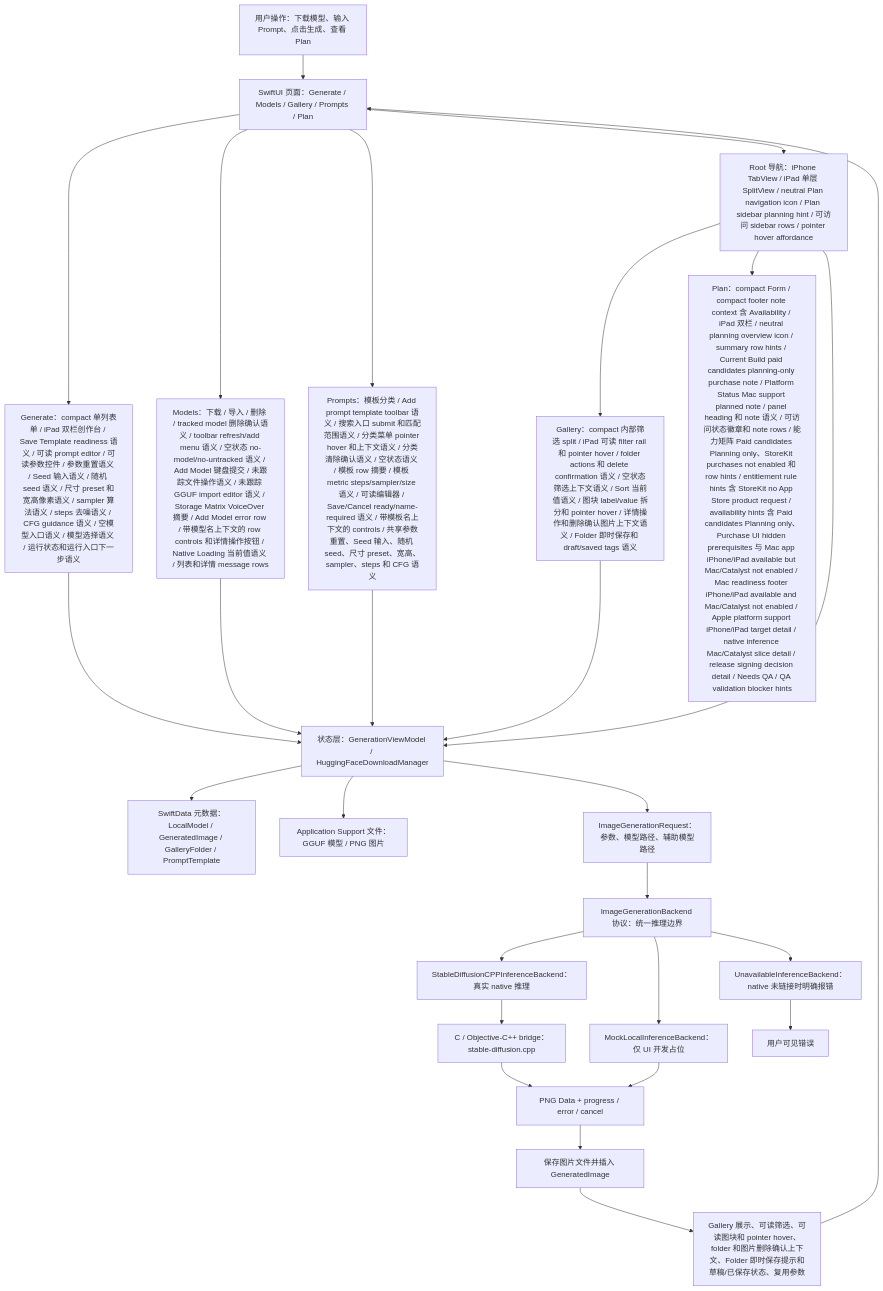
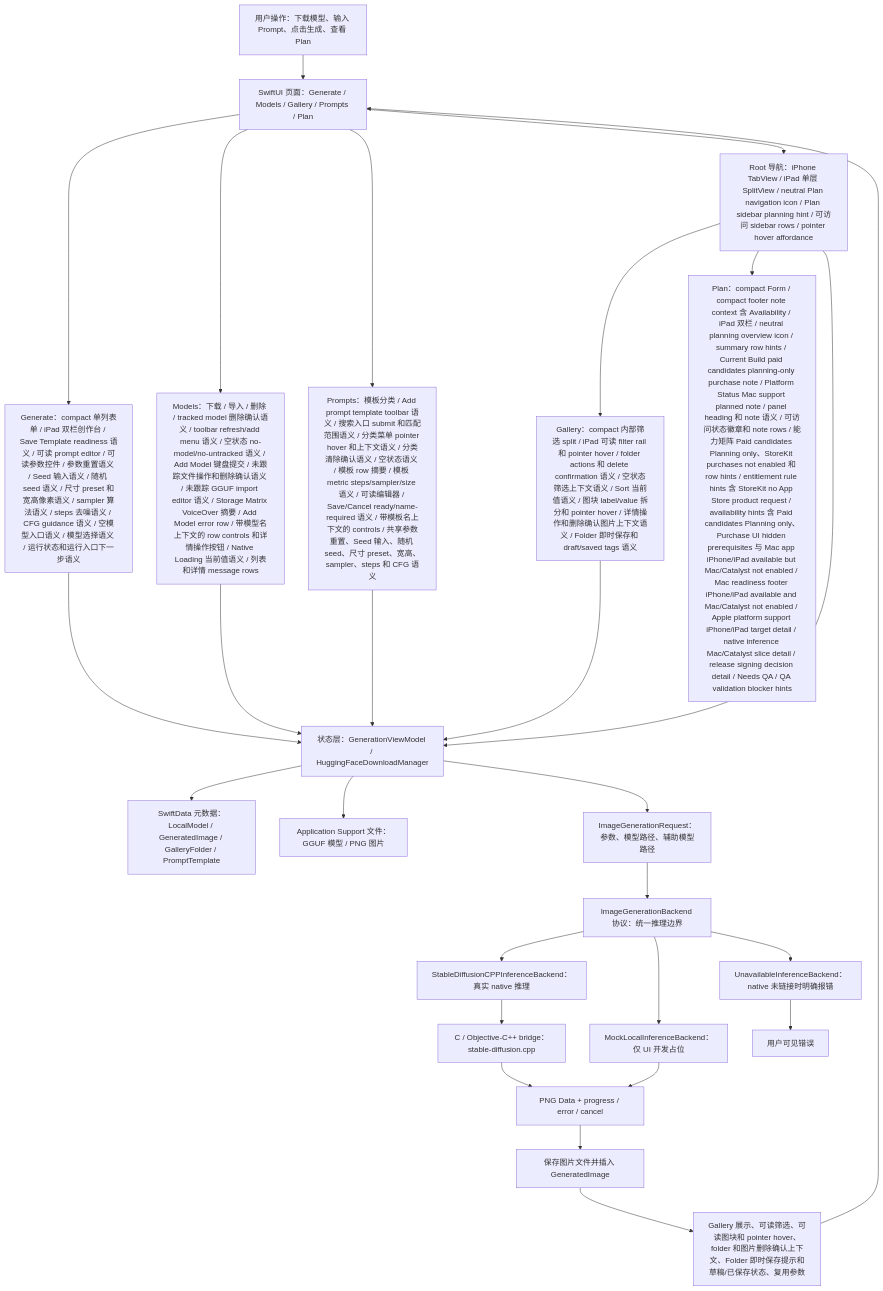
One commit to Altman-sam114/118 changed the first of 7 diagrams in md/flow/flowchart.md. Above: the diagram before and after it, drawn with Mermaid. The commit also changed other lines of this file and 5 other files, not shown here.

First line of the commit message:
v1.98: Models untracked delete confirmation semantics

````diff
--- a/md/flow/flowchart.md
+++ b/md/flow/flowchart.md
@@ -9,29 +9,29 @@
 ```mermaid
 flowchart TD
   U["用户操作：下载模型、输入 Prompt、点击生成、查看 Plan"] --> UI["SwiftUI 页面：Generate / Models / Gallery / Prompts / Plan"]
   UI --> GENUI["Generate：compact 单列表单 / iPad 双栏创作台 / Save Template readiness 语义 / 可读 prompt editor / 可读参数控件 / 参数重置语义 / Seed 输入语义 / 随机 seed 语义 / 尺寸 preset 和宽高像素语义 / sampler 算法语义 / steps 去噪语义 / CFG guidance 语义 / 空模型入口语义 / 模型选择语义 / 运行状态和运行入口下一步语义"]
-  UI --> MODELUI["Models：下载 / 导入 / 删除 / tracked model 删除确认语义 / toolbar refresh/add menu 语义 / 空状态 no-model/no-untracked 语义 / Add Model 键盘提交 / 未跟踪文件操作语义 / 未跟踪 GGUF import editor 语义 / Storage Matrix VoiceOver 摘要 / Add Model error row / 带模型名上下文的 row controls 和详情操作按钮 / Native Loading 当前值语义 / 列表和详情 message rows"]
+  UI --> MODELUI["Models：下载 / 导入 / 删除 / tracked model 删除确认语义 / toolbar refresh/add menu 语义 / 空状态 no-model/no-untracked 语义 / Add Model 键盘提交 / 未跟踪文件操作和删除确认语义 / 未跟踪 GGUF import editor 语义 / Storage Matrix VoiceOver 摘要 / Add Model error row / 带模型名上下文的 row controls 和详情操作按钮 / Native Loading 当前值语义 / 列表和详情 message rows"]
   UI --> PROMPTUI["Prompts：模板分类 / Add prompt template toolbar 语义 / 搜索入口 submit 和匹配范围语义 / 分类菜单 pointer hover 和上下文语义 / 分类清除确认语义 / 空状态语义 / 模板 row 摘要 / 模板 metric steps/sampler/size 语义 / 可读编辑器 / Save/Cancel ready/name-required 语义 / 带模板名上下文的 controls / 共享参数重置、Seed 输入、随机 seed、尺寸 preset、宽高、sampler、steps 和 CFG 语义"]
   UI --> NAV["Root 导航：iPhone TabView / iPad 单层 SplitView / neutral Plan navigation icon / Plan sidebar planning hint / 可访问 sidebar rows / pointer hover affordance"]
   NAV --> GALUI["Gallery：compact 内部筛选 split / iPad 可读 filter rail 和 pointer hover / folder actions 和 delete confirmation 语义 / 空状态筛选上下文语义 / Sort 当前值语义 / 图块 label/value 拆分和 pointer hover / 详情操作和删除确认图片上下文语义 / Folder 即时保存和 draft/saved tags 语义"]
   NAV --> PLANUI["Plan：compact Form / compact footer note context 含 Availability / iPad 双栏 / neutral planning overview icon / summary row hints / Current Build paid candidates planning-only purchase note / Platform Status Mac support planned note / panel heading 和 note 语义 / 可访问状态徽章和 note rows / 能力矩阵 Paid candidates Planning only、StoreKit purchases not enabled 和 row hints / entitlement rule hints 含 StoreKit no App Store product request / availability hints 含 Paid candidates Planning only、Purchase UI hidden prerequisites 与 Mac app iPhone/iPad available but Mac/Catalyst not enabled / Mac readiness footer iPhone/iPad available and Mac/Catalyst not enabled / Apple platform support iPhone/iPad target detail / native inference Mac/Catalyst slice detail / release signing decision detail / Needs QA / QA validation blocker hints"]
   NAV --> VM["状态层：GenerationViewModel / HuggingFaceDownloadManager"]
   GENUI --> VM
   MODELUI --> VM
   PROMPTUI --> VM
   GALUI --> VM
   VM --> SD["SwiftData 元数据：LocalModel / GeneratedImage / GalleryFolder / PromptTemplate"]
   VM --> FS["Application Support 文件：GGUF 模型 / PNG 图片"]
   VM --> REQ["ImageGenerationRequest：参数、模型路径、辅助模型路径"]
   REQ --> IFACE["ImageGenerationBackend 协议：统一推理边界"]
   IFACE --> NATIVE["StableDiffusionCPPInferenceBackend：真实 native 推理"]
   IFACE --> MOCK["MockLocalInferenceBackend：仅 UI 开发占位"]
   IFACE --> OFF["UnavailableInferenceBackend：native 未链接时明确报错"]
   NATIVE --> BRIDGE["C / Objective-C++ bridge：stable-diffusion.cpp"]
   BRIDGE --> PNG["PNG Data + progress / error / cancel"]
   MOCK --> PNG
   OFF --> ERR["用户可见错误"]
   PNG --> SAVE["保存图片文件并插入 GeneratedImage"]
   SAVE --> GALLERY["Gallery 展示、可读筛选、可读图块和 pointer hover、folder 和图片删除确认上下文、Folder 即时保存提示和草稿/已保存状态、复用参数"]
   GALLERY --> UI
 ```
````
